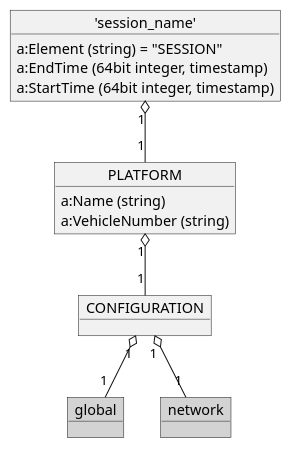
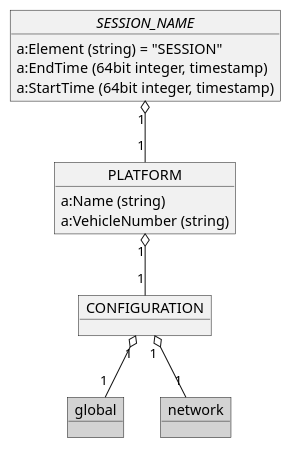
One commit to OpenRailAssociation/rcm-dx changed the fifth of 9 diagrams in images.puml. Above: the diagram before and after it, drawn with PlantUML. The commit also changed other lines of this file and 2 other files, not shown here.

```diff
--- a/images.puml
+++ b/images.puml
@@ -269,24 +269,24 @@
 @startuml RCM_DX_Platform_overview
 
-  object "'session_name'" as session_name {
+  object "//SESSION_NAME//" as session_name {
     a:Element (string) = "SESSION"
     a:EndTime (64bit integer, timestamp)
     a:StartTime (64bit integer, timestamp)
   }
 
 
   object PLATFORM {
     a:Name (string)
     a:VehicleNumber (string)
   }
 
   object CONFIGURATION
   object global #LightGray
   object network #LightGray
 
   session_name "1" o-- "1" PLATFORM
   PLATFORM "1" o-- "1" CONFIGURATION
   CONFIGURATION "1" o-- "1" global
   CONFIGURATION "1" o-- "1" network
 
 @enduml
```
